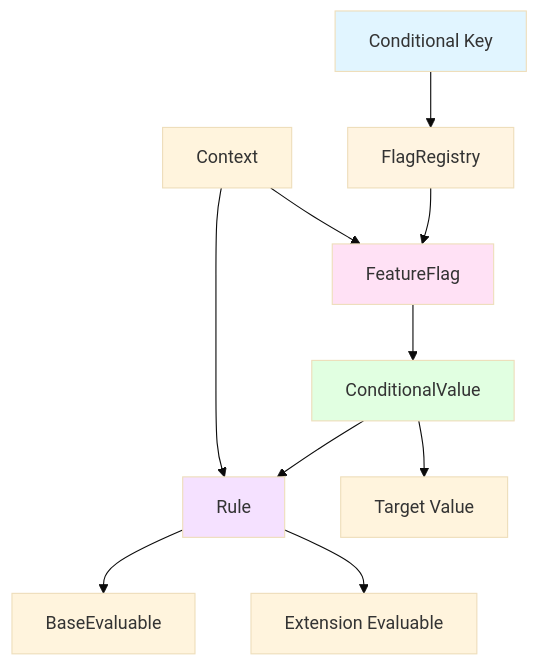
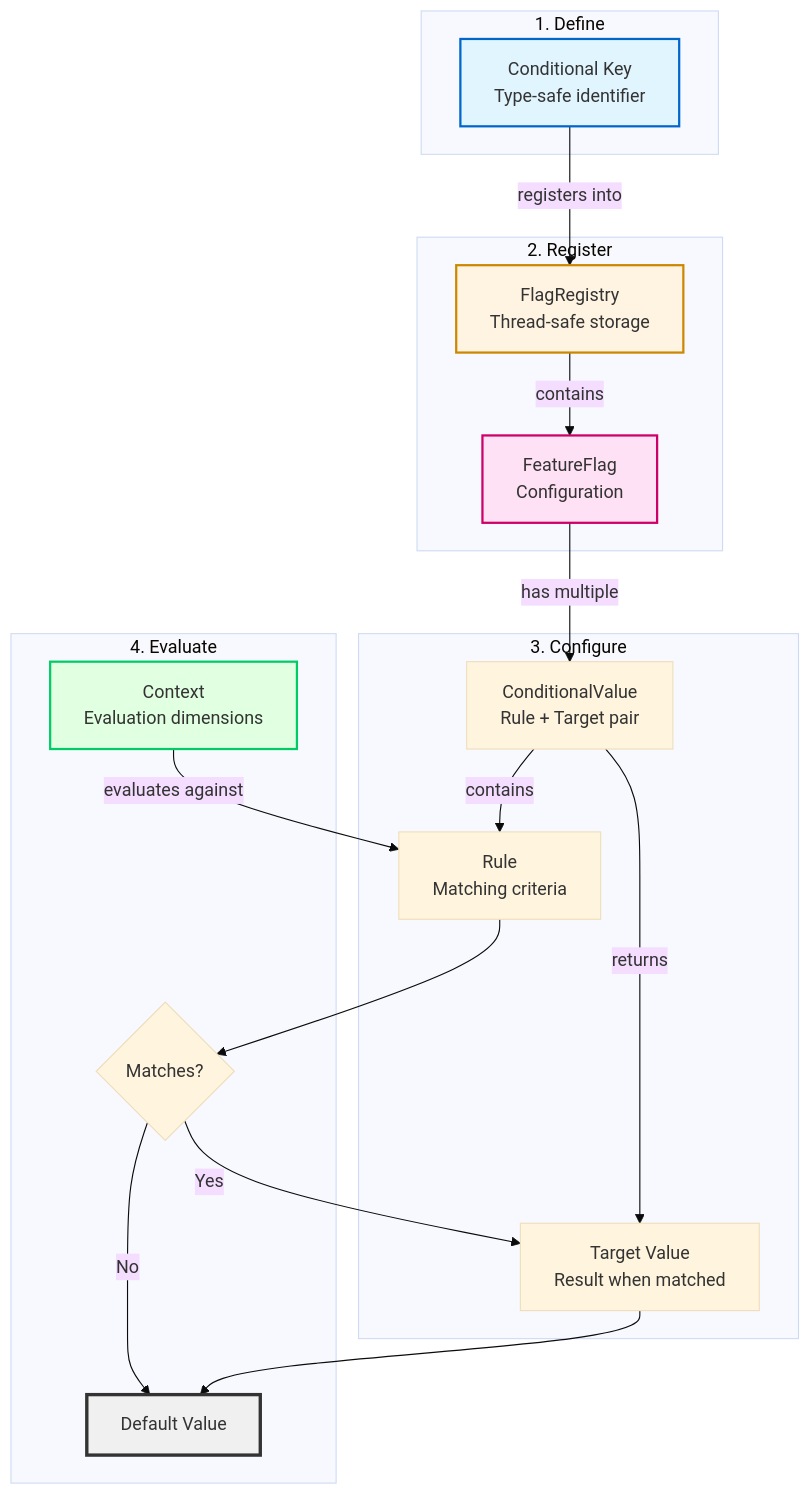
Before and after one commit to amichne/konditional: the first of 2 diagrams in docs/api/Overview.md, drawn with Mermaid (base theme). The commit also changed other lines of this file and 21 other files, not shown here.

````diff
--- a/docs/api/Overview.md
+++ b/docs/api/Overview.md
@@ -59,18 +59,40 @@
 ```mermaid
-graph TD
-    A[Conditional Key] --> B[FlagRegistry]
-    B --> C[FeatureFlag]
-    C --> D[ConditionalValue]
-    D --> E[Rule]
-    D --> F[Target Value]
-    E --> G[BaseEvaluable]
-    E --> H[Extension Evaluable]
-    I[Context] --> C
-    I --> E
+graph TB
+    subgraph "1. Define"
+        A[Conditional Key<br/>Type-safe identifier]
+    end
 
-    style A fill:#e1f5ff
-    style B fill:#fff4e1
-    style C fill:#ffe1f5
-    style D fill:#e1ffe1
-    style E fill:#f5e1ff
+    subgraph "2. Register"
+        B[FlagRegistry<br/>Thread-safe storage]
+        C[FeatureFlag<br/>Configuration]
+    end
+
+    subgraph "3. Configure"
+        D[ConditionalValue<br/>Rule + Target pair]
+        E[Rule<br/>Matching criteria]
+        F[Target Value<br/>Result when matched]
+    end
+
+    subgraph "4. Evaluate"
+        G[Context<br/>Evaluation dimensions]
+        H{Matches?}
+        I[Return Value]
+    end
+
+    A -->|registers into| B
+    B -->|contains| C
+    C -->|has multiple| D
+    D -->|contains| E
+    D -->|returns| F
+    G -->|evaluates against| E
+    E --> H
+    H -->|Yes| F
+    H -->|No| I[Default Value]
+    F --> I
+
+    style A fill:#e1f5ff,stroke:#0066cc,stroke-width:2px
+    style B fill:#fff4e1,stroke:#cc8800,stroke-width:2px
+    style C fill:#ffe1f5,stroke:#cc0066,stroke-width:2px
+    style G fill:#e1ffe1,stroke:#00cc66,stroke-width:2px
+    style I fill:#f0f0f0,stroke:#333,stroke-width:3px
 ```
````
